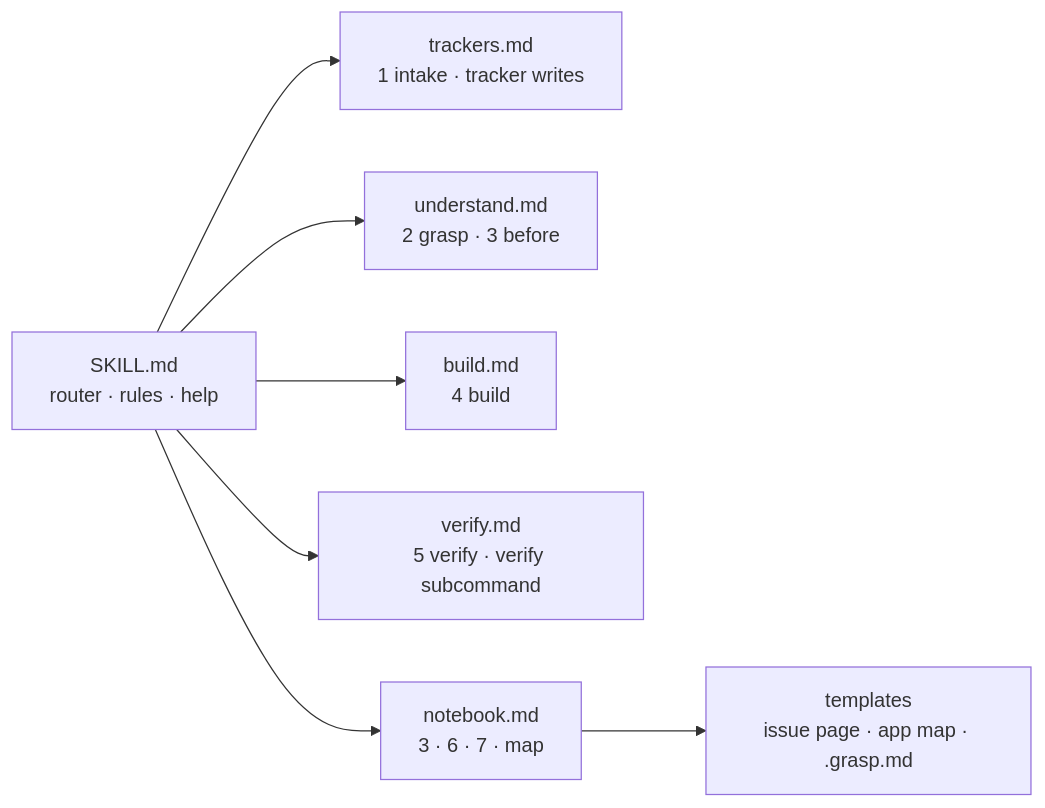
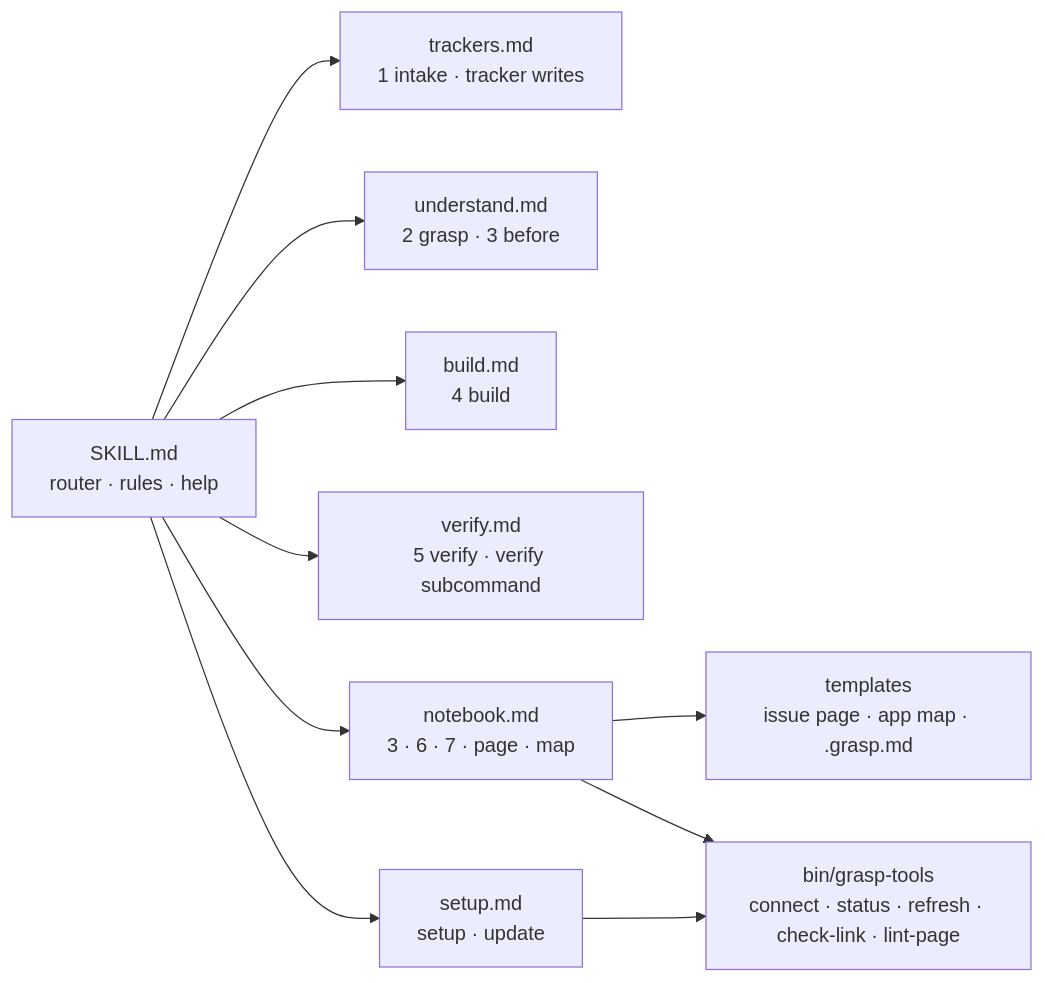
Before and after one commit to junrillg/grasp: the second of 2 diagrams in README.md, drawn with Mermaid. The commit also changed other lines of this file and 5 other files, not shown here.

````diff
--- a/README.md
+++ b/README.md
@@ -121,9 +136,12 @@
 ```mermaid
 flowchart LR
   S[SKILL.md<br/>router · rules · help] --> T[trackers.md<br/>1 intake · tracker writes]
   S --> U[understand.md<br/>2 grasp · 3 before]
   S --> B[build.md<br/>4 build]
   S --> V[verify.md<br/>5 verify · verify subcommand]
-  S --> N[notebook.md<br/>3 · 6 · 7 · map]
+  S --> N[notebook.md<br/>3 · 6 · 7 · page · map]
+  S --> SU[setup.md<br/>setup · update]
   N --> P[templates<br/>issue page · app map · .grasp.md]
+  SU --> G[bin/grasp-tools<br/>connect · status · refresh · check-link · lint-page]
+  N --> G
 ```
````
